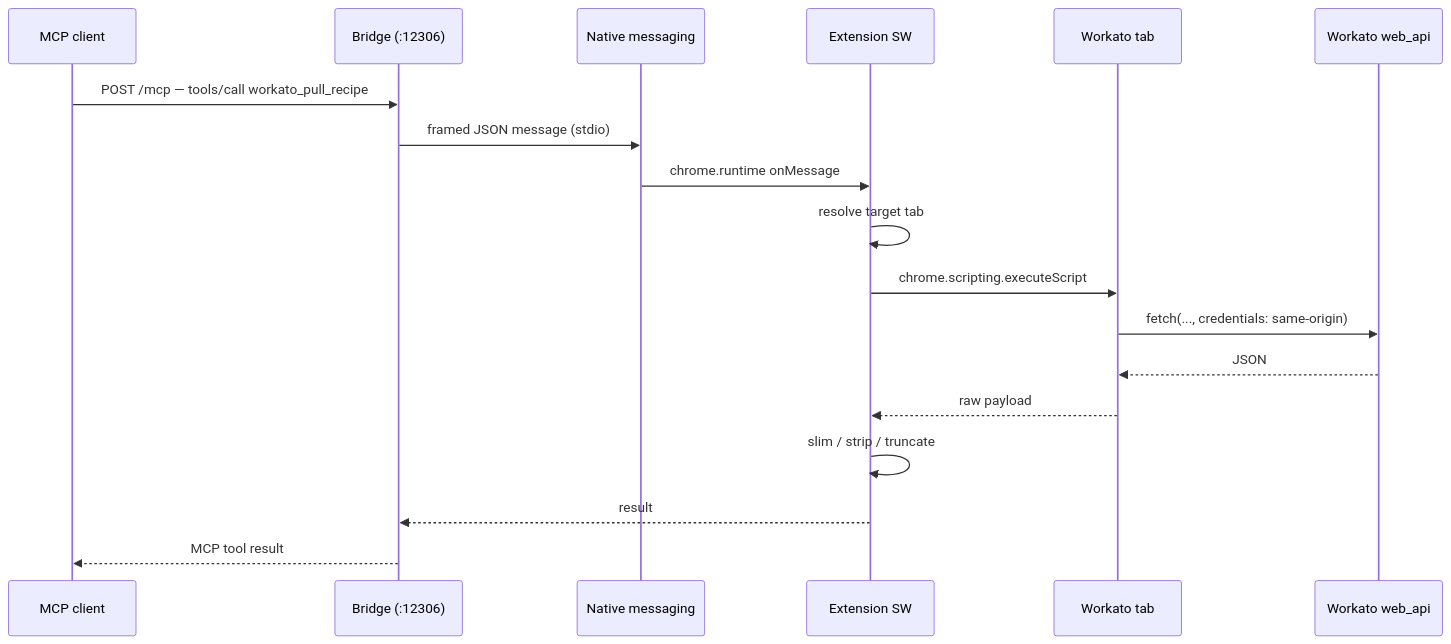
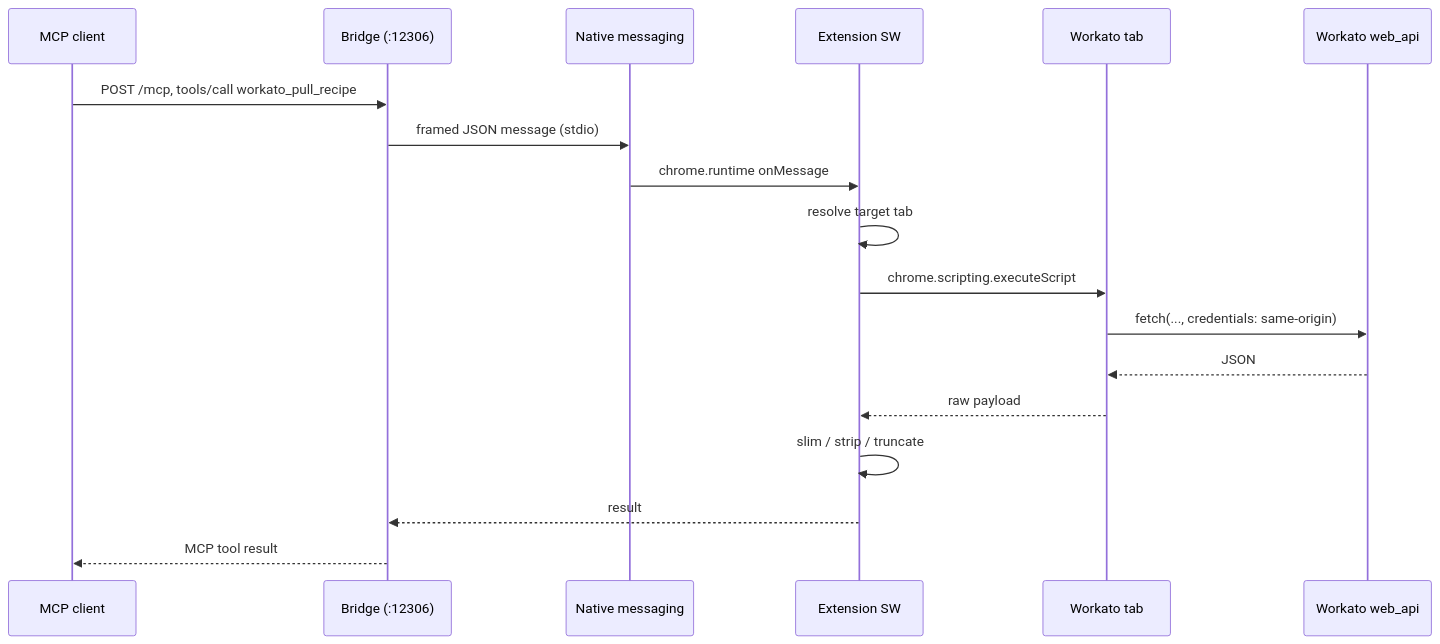
The diagram in docs/ARCHITECTURE.md (Eithery-rc/WorkatoMCP), drawn with Mermaid before and after one commit. The commit also changed other lines of this file and 2 other files, not shown here.

First line of the commit message:
docs: tool reference split into core and the workato module, mokutab paths

````diff
--- a/docs/ARCHITECTURE.md
+++ b/docs/ARCHITECTURE.md
@@ -44,21 +47,21 @@
 ```mermaid
 sequenceDiagram
     participant C as MCP client
     participant B as Bridge (:12306)
     participant N as Native messaging
     participant E as Extension SW
     participant T as Workato tab
     participant W as Workato web_api
 
-    C->>B: POST /mcp — tools/call workato_pull_recipe
+    C->>B: POST /mcp, tools/call workato_pull_recipe
     B->>N: framed JSON message (stdio)
     N->>E: chrome.runtime onMessage
     E->>E: resolve target tab
     E->>T: chrome.scripting.executeScript
     T->>W: fetch(..., credentials: same-origin)
     W-->>T: JSON
     T-->>E: raw payload
     E->>E: slim / strip / truncate
     E-->>B: result
     B-->>C: MCP tool result
 ```
````
